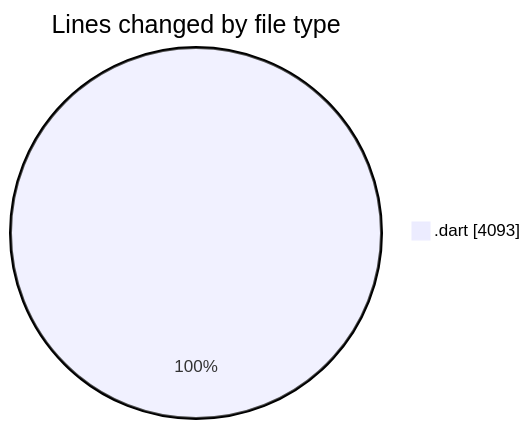
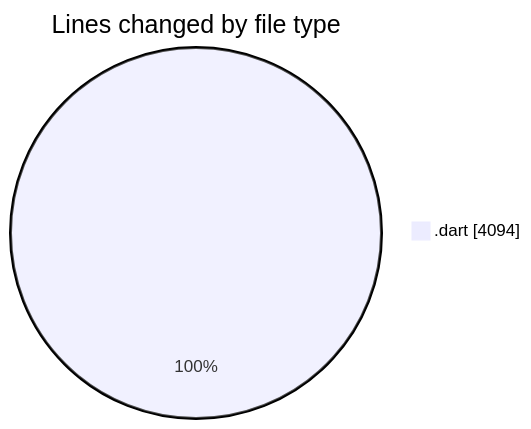
Before and after one commit to lephambinh05/code-tracking: the first of 2 diagrams in 2025-08-05/studybuddy/README.md, drawn with Mermaid. The commit also changed other lines of this file and 1 other file, not shown here.

````diff
--- a/2025-08-05/studybuddy/README.md
+++ b/2025-08-05/studybuddy/README.md
@@ -30,5 +30,5 @@
 ```mermaid
 pie showData
 title Lines changed by file type
-".dart" : 4093
+".dart" : 4094
 ```
````
